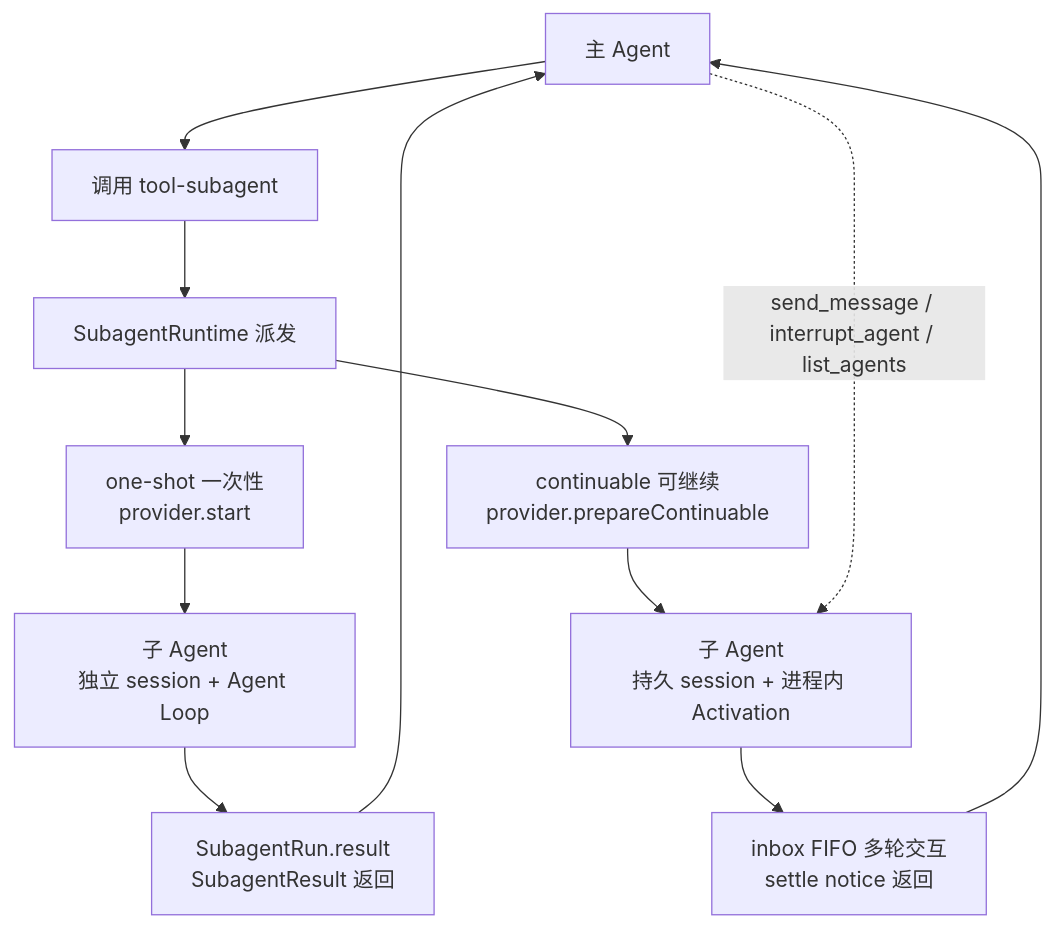
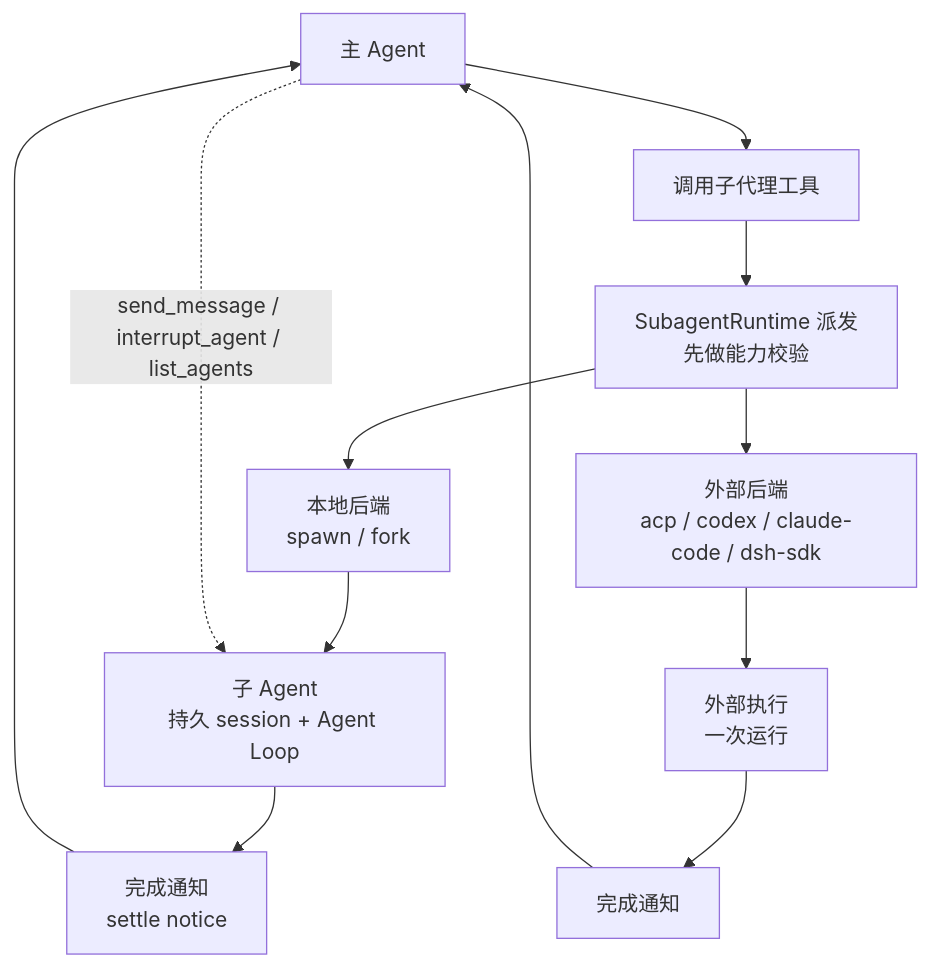
Before and after one commit to Chieko3020/Chieko3020.github.io: the sixth of 16 diagrams in source/_posts/DeepSeek Harness 简析.md, drawn with Mermaid. The commit also changed other lines of this file and 4 other files, not shown here.

Commit message:
更新：DeepSeek Harness 简析 升级到 0.2.2-rc.1（事件表、会话格式、preset、subagent 换轴），新增产品形态一节与四张配图

````diff
--- a/source/_posts/DeepSeek Harness 简析.md
+++ b/source/_posts/DeepSeek Harness 简析.md
@@ -493,14 +526,14 @@
 ```mermaid
 graph TB
-    MAIN[主 Agent] --> DELEGATE[调用 tool-subagent]
-    DELEGATE --> RT[SubagentRuntime 派发]
-    RT --> ONESHOT[one-shot 一次性<br/>provider.start]
-    RT --> CONT[continuable 可继续<br/>provider.prepareContinuable]
-    ONESHOT --> CHILD1[子 Agent<br/>独立 session + Agent Loop]
-    CONT --> CHILD2[子 Agent<br/>持久 session + 进程内 Activation]
-    CHILD1 --> R1[SubagentRun.result<br/>SubagentResult 返回]
-    CHILD2 --> R2[inbox FIFO 多轮交互<br/>settle notice 返回]
-    R1 --> MAIN
-    R2 --> MAIN
-    MAIN -.->|send_message / interrupt_agent / list_agents| CHILD2
+    MAIN[主 Agent] --> DELEGATE[调用子代理工具]
+    DELEGATE --> RT[SubagentRuntime 派发<br/>先做能力校验]
+    RT --> LOCAL[本地后端<br/>spawn / fork]
+    RT --> EXT[外部后端<br/>acp / codex / claude-code / dsh-sdk]
+    LOCAL --> CHILD1[子 Agent<br/>持久 session + Agent Loop]
+    EXT --> CHILD2[外部执行<br/>一次运行]
+    CHILD1 --> N1[完成通知<br/>settle notice]
+    CHILD2 --> N2[完成通知]
+    N1 --> MAIN
+    N2 --> MAIN
+    MAIN -.->|send_message / interrupt_agent / list_agents| CHILD1
 ```
````
